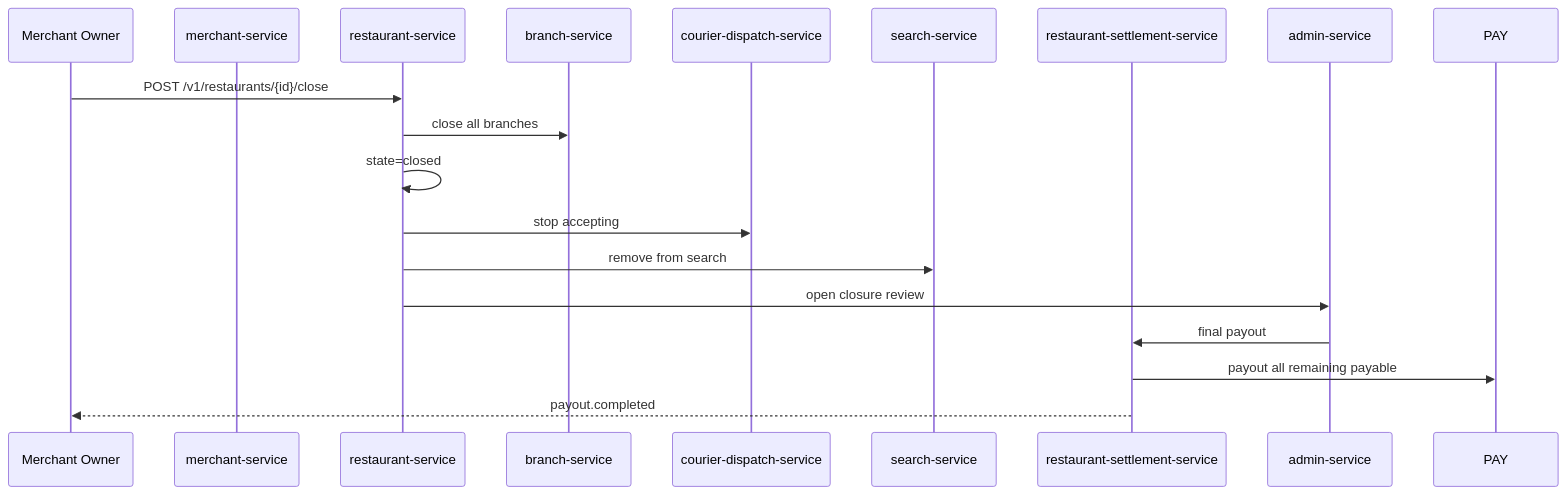
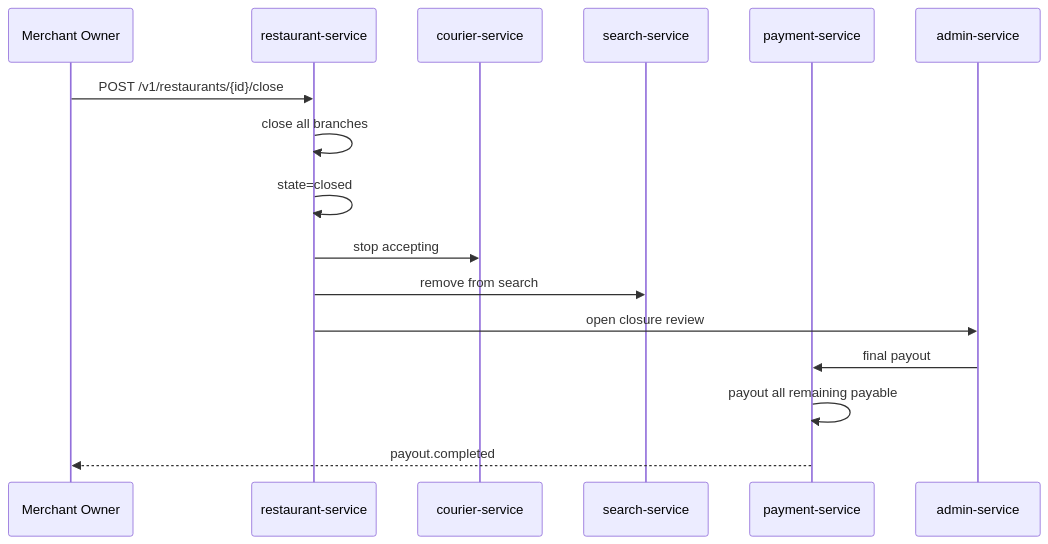
Before and after one commit to mohamedhabibwork/trips-enjoy-docs: the tenth of 10 diagrams in docs/workflows/MERCHANT_WORKFLOWS.md, drawn with Mermaid. The commit also changed other lines of this file and 525 other files, not shown here.

````diff
--- a/docs/workflows/MERCHANT_WORKFLOWS.md
+++ b/docs/workflows/MERCHANT_WORKFLOWS.md
@@ -238,21 +233,19 @@
 ```mermaid
 sequenceDiagram
     participant OWN as Merchant Owner
-    participant MER as merchant-service
     participant RES as restaurant-service
-    participant BRH as branch-service
-    participant CDP as courier-dispatch-service
+    participant COS as courier-service
     participant SR as search-service
-    participant RSM as restaurant-settlement-service
+    participant PAY as payment-service
     participant ADM as admin-service
 
     OWN->>RES: POST /v1/restaurants/{id}/close
-    RES->>BRH: close all branches
+    RES->>RES: close all branches
     RES->>RES: state=closed
-    RES->>CDP: stop accepting
+    RES->>COS: stop accepting
     RES->>SR: remove from search
     RES->>ADM: open closure review
-    ADM->>RSM: final payout
-    RSM->>PAY: payout all remaining payable
-    RSM-->>OWN: payout.completed
+    ADM->>PAY: final payout
+    PAY->>PAY: payout all remaining payable
+    PAY-->>OWN: payout.completed
 ```
````
